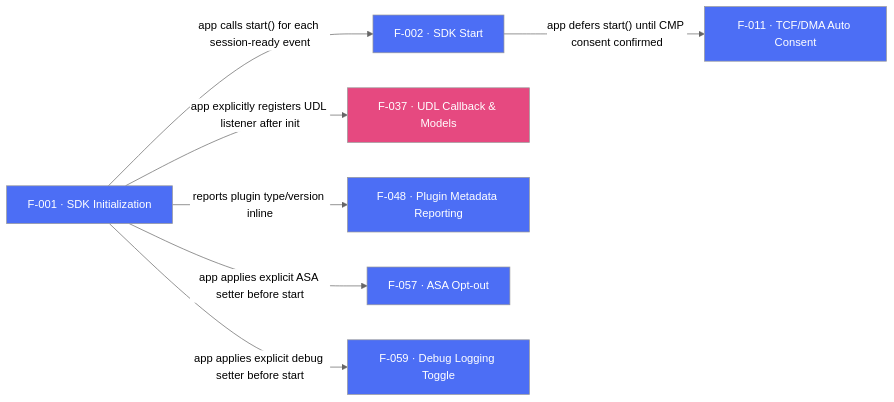
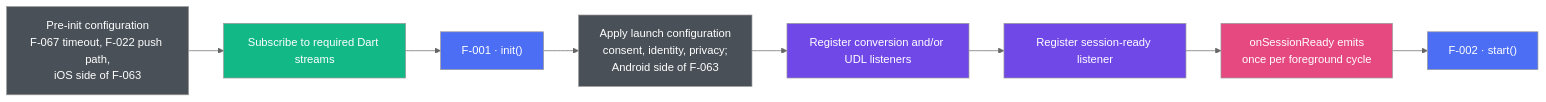
One commit to AppsFlyerSDK/appsflyer-flutter-plugin changed the second of 2 diagrams in internal-docs/features/DIAGRAM.md. Above: the diagram before and after it, drawn with Mermaid (neutral theme). The commit also changed other lines of this file and 82 other files, not shown here.

````diff
--- a/internal-docs/features/DIAGRAM.md
+++ b/internal-docs/features/DIAGRAM.md
@@ -96,21 +77,19 @@
 ```mermaid
 flowchart LR
-    F001["F-001 · SDK Initialization"]:::sdkCore
-    F002["F-002 · SDK Start"]:::sdkCore
-    F037["F-037 · UDL Callback & Models"]:::deepLinking
-    F048["F-048 · Plugin Metadata Reporting"]:::sdkCore
-    F057["F-057 · ASA Opt-out"]:::sdkCore
-    F059["F-059 · Debug Logging Toggle"]:::sdkCore
-    F011["F-011 · TCF/DMA Auto Consent"]:::sdkCore
+    PRE["Pre-init configuration<br/>F-067 timeout, F-022 push path,<br/>iOS side of F-063"]:::config
+    STREAMS["Subscribe to required Dart streams"]:::dart
+    F001["F-001 · init()"]:::sdkCore
+    CONFIG["Apply launch configuration<br/>consent, identity, privacy;<br/>Android side of F-063"]:::config
+    LISTENERS["Register conversion and/or UDL listeners"]:::listeners
+    SESSION["Register session-ready listener"]:::listeners
+    READY["onSessionReady emits<br/>once per foreground cycle"]:::event
+    F002["F-002 · start()"]:::sdkCore
 
-    F001 -->|"app calls start() for each session-ready event"| F002
-    F001 -->|"app explicitly registers UDL listener after init"| F037
-    F001 -->|"reports plugin type/version inline"| F048
-    F001 -->|"app applies explicit ASA setter before start"| F057
-    F001 -->|"app applies explicit debug setter before start"| F059
-    F002 -->|"app defers start() until CMP consent confirmed"| F011
+    PRE --> STREAMS --> F001 --> CONFIG --> LISTENERS --> SESSION --> READY --> F002
 
     classDef sdkCore fill:#4C6EF5,color:#fff
-    classDef deepLinking fill:#E64980,color:#fff
-    classDef oneLinkAndGrowth fill:#7048E8,color:#fff
+    classDef config fill:#495057,color:#fff
+    classDef dart fill:#12B886,color:#fff
+    classDef listeners fill:#7048E8,color:#fff
+    classDef event fill:#E64980,color:#fff
 ```
````
